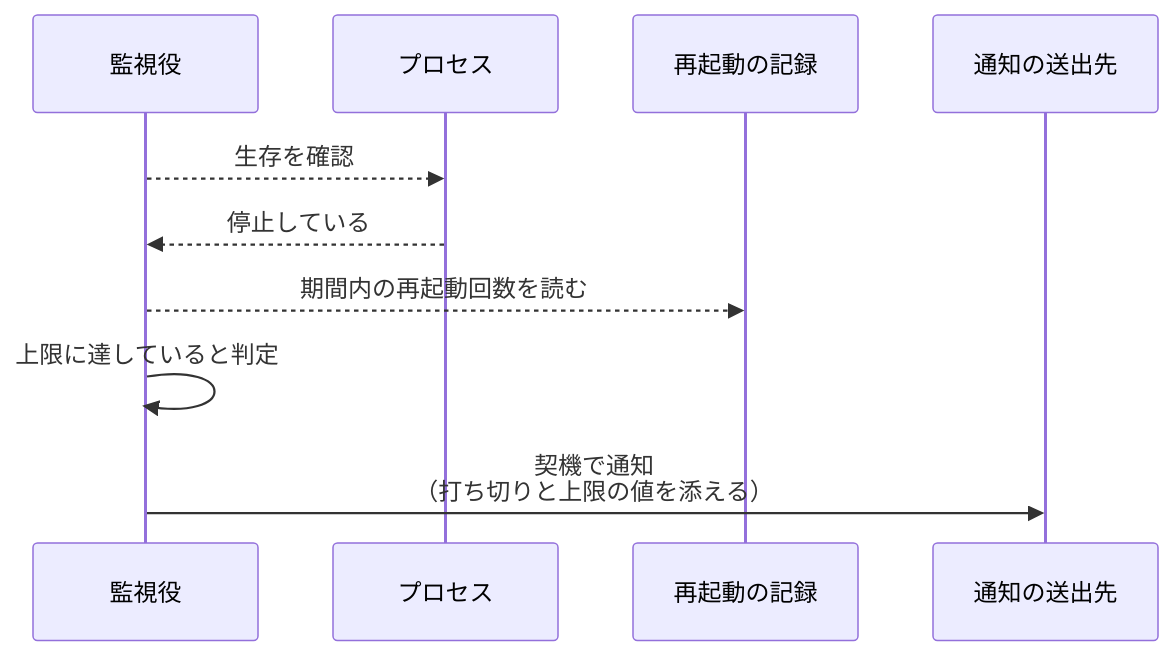
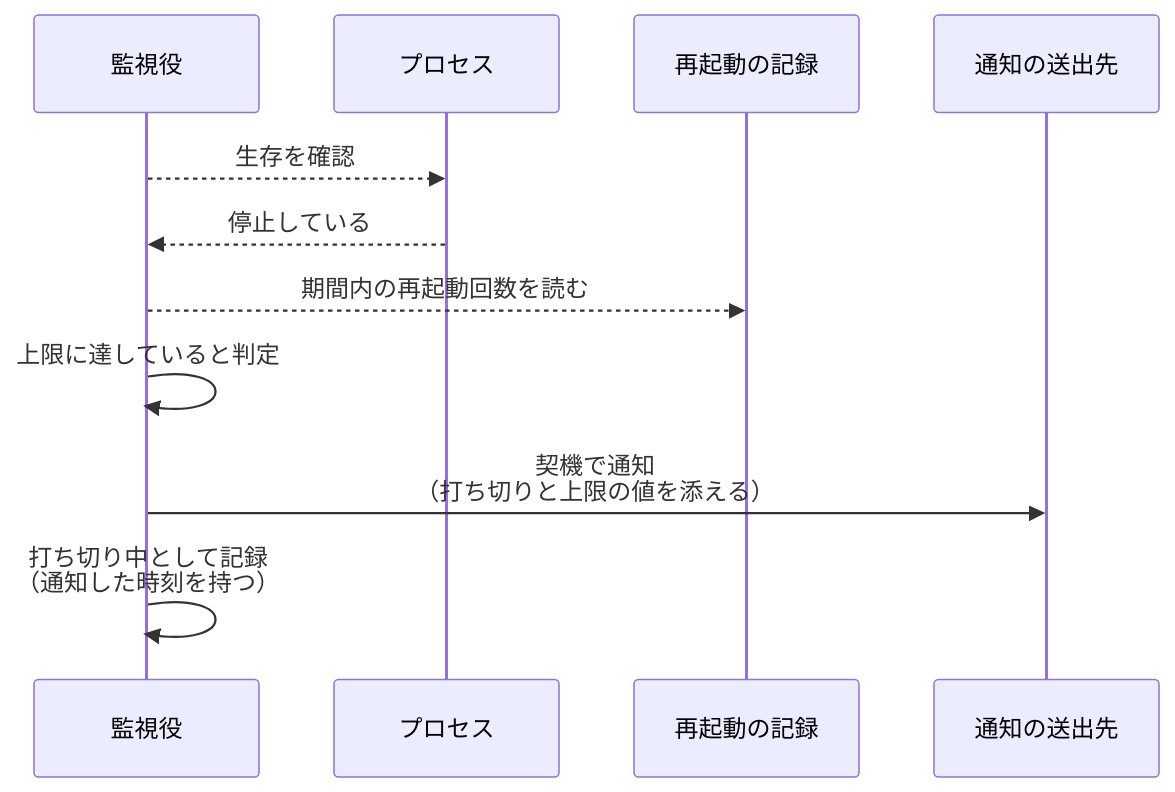
Before and after one commit to shuhei1101/ai-monitor: the fourth of 9 diagrams in docs/wiki/設計図/インターフェース定義/バックエンド/死活検知.py.md, drawn with Mermaid. The commit also changed other lines of this file and 17 other files, not shown here.

````diff
--- a/docs/wiki/設計図/インターフェース定義/バックエンド/死活検知.py.md
+++ b/docs/wiki/設計図/インターフェース定義/バックエンド/死活検知.py.md
@@ -138,13 +146,14 @@
 ```mermaid
 sequenceDiagram
   participant W as 監視役
   participant P as プロセス
   participant F as 再起動の記録
   participant N as 通知の送出先
 
   W-->>P: 生存を確認
   P-->>W: 停止している
   W-->>F: 期間内の再起動回数を読む
   W->>W: 上限に達していると判定
   W->>N: 契機で通知<br>（打ち切りと上限の値を添える）
+  W->>W: 打ち切り中として記録<br>（通知した時刻を持つ）
 ```
````
